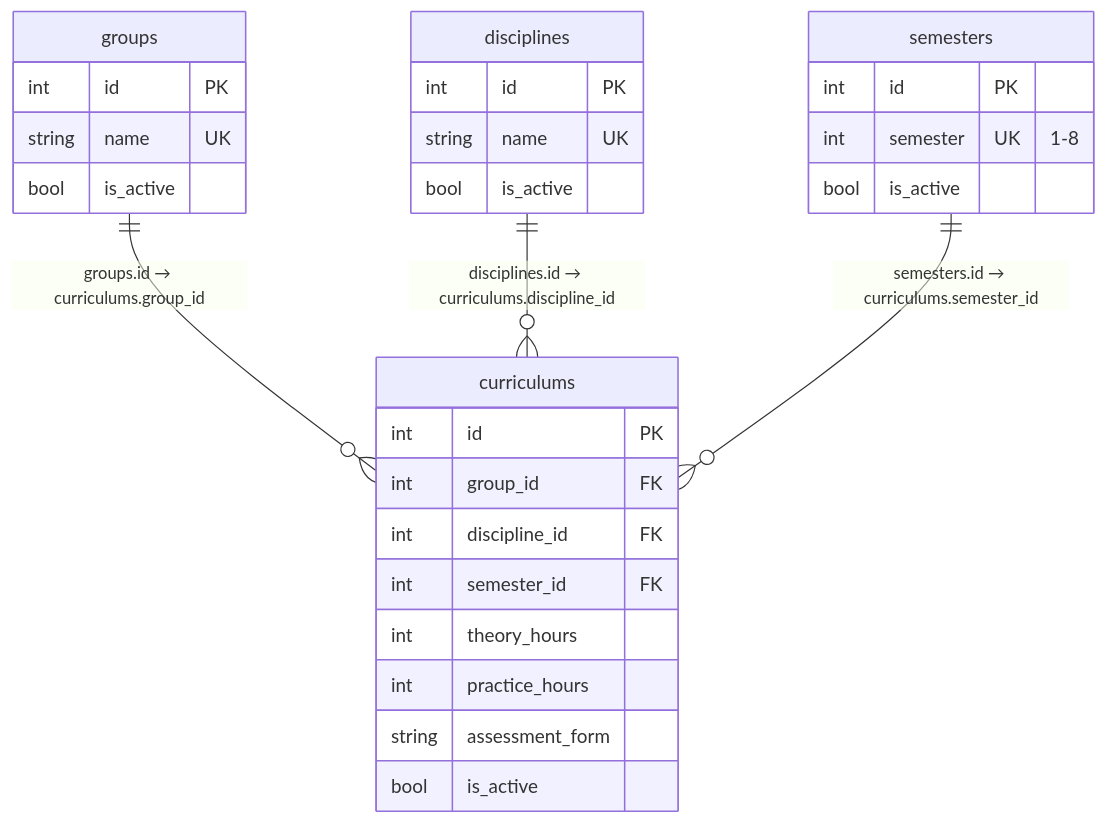
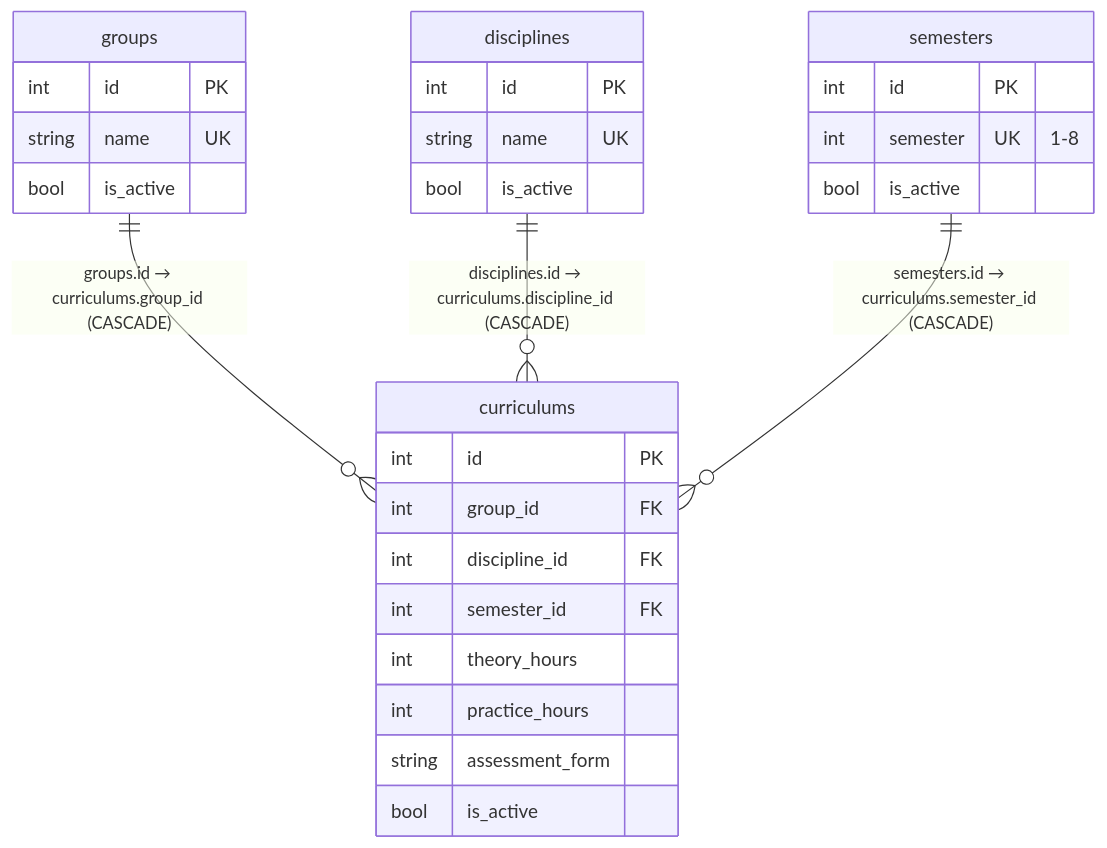
One commit to YuriSilenok/KPK_UP2_24-1P11 changed the diagram in S12/doc.md. Above: the diagram before and after it, drawn with Mermaid. The commit also changed other lines of this file, not shown here.

````diff
--- a/S12/doc.md
+++ b/S12/doc.md
@@ -10,32 +12,32 @@
 ```mermaid
 erDiagram
     groups {
         int id PK
         string name UK
         bool is_active
     }
     disciplines {
         int id PK
         string name UK
         bool is_active
     }
     semesters {
         int id PK
         int semester UK "1-8"
         bool is_active
     }
     curriculums {
         int id PK
         int group_id FK
         int discipline_id FK
         int semester_id FK
         int theory_hours
         int practice_hours
         string assessment_form
         bool is_active
     }
 
-    groups ||--o{ curriculums : "groups.id → curriculums.group_id"
-    disciplines ||--o{ curriculums : "disciplines.id → curriculums.discipline_id"
-    semesters ||--o{ curriculums : "semesters.id → curriculums.semester_id"
+    groups ||--o{ curriculums : "groups.id → curriculums.group_id (CASCADE)"
+    disciplines ||--o{ curriculums : "disciplines.id → curriculums.discipline_id (CASCADE)"
+    semesters ||--o{ curriculums : "semesters.id → curriculums.semester_id (CASCADE)"
 ```
````
